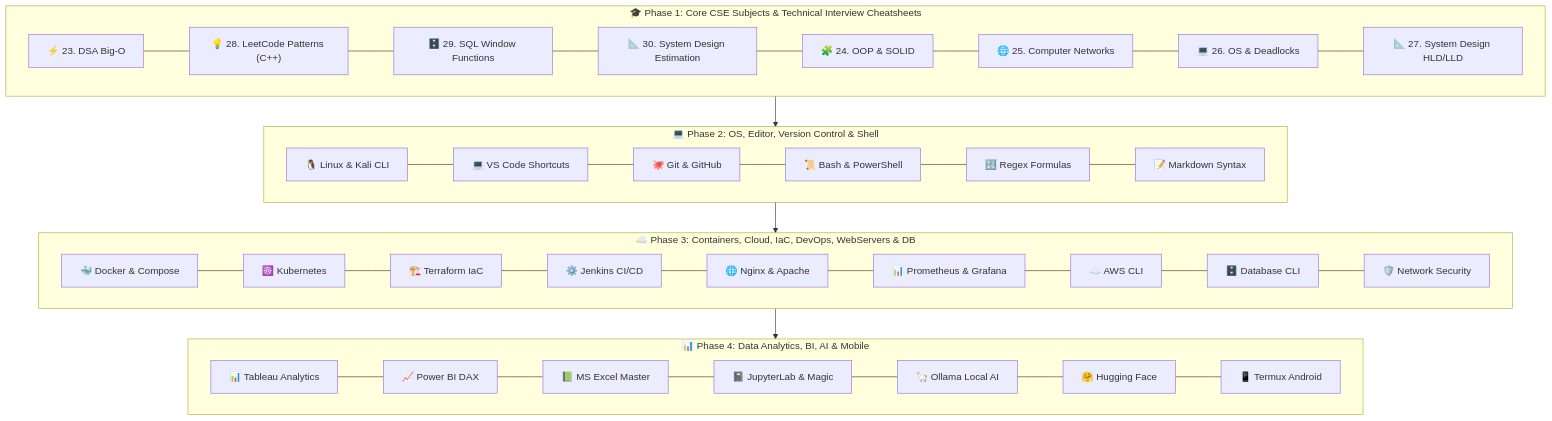
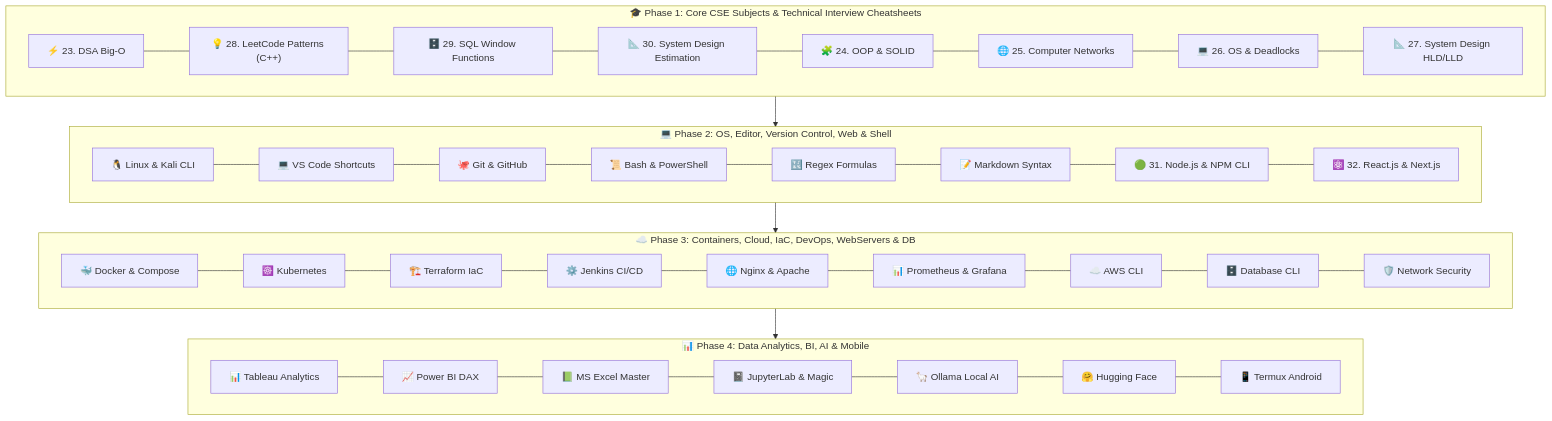
One commit to techindro/Penetration-testing-toolkit changed the diagram in README.md. Above: the diagram before and after it, drawn with Mermaid. The commit also changed other lines of this file and 2 other files, not shown here.

Commit message:
feat: expand BugFix FM to 32 Master Modules including Node.js/NPM/Express CLI and React.js/Vite/Next.js Hooks cheatsheets

````diff
--- a/README.md
+++ b/README.md
@@ -35,20 +35,20 @@
 ```mermaid
 graph TD
     subgraph Phase1["🎓 Phase 1: Core CSE Subjects & Technical Interview Cheatsheets"]
         A1["⚡ 23. DSA Big-O"] --- A2["💡 28. LeetCode Patterns (C++)"] --- A3["🗄️ 29. SQL Window Functions"] --- A4["📐 30. System Design Estimation"] --- A5["🧩 24. OOP & SOLID"] --- A6["🌐 25. Computer Networks"] --- A7["💻 26. OS & Deadlocks"] --- A8["📐 27. System Design HLD/LLD"]
     end
 
-    subgraph Phase2["💻 Phase 2: OS, Editor, Version Control & Shell"]
-        B1["🐧 Linux & Kali CLI"] --- B2["💻 VS Code Shortcuts"] --- B3["🐙 Git & GitHub"] --- B4["📜 Bash & PowerShell"] --- B5["🔣 Regex Formulas"] --- B6["📝 Markdown Syntax"]
+    subgraph Phase2["💻 Phase 2: OS, Editor, Version Control, Web & Shell"]
+        B1["🐧 Linux & Kali CLI"] --- B2["💻 VS Code Shortcuts"] --- B3["🐙 Git & GitHub"] --- B4["📜 Bash & PowerShell"] --- B5["🔣 Regex Formulas"] --- B6["📝 Markdown Syntax"] --- B7["🟢 31. Node.js & NPM CLI"] --- B8["⚛️ 32. React.js & Next.js"]
     end
 
     subgraph Phase3["☁️ Phase 3: Containers, Cloud, IaC, DevOps, WebServers & DB"]
         C1["🐳 Docker & Compose"] --- C2["☸️ Kubernetes"] --- C3["🏗️ Terraform IaC"] --- C4["⚙️ Jenkins CI/CD"] --- C5["🌐 Nginx & Apache"] --- C6["📊 Prometheus & Grafana"] --- C7["☁️ AWS CLI"] --- C8["🗄️ Database CLI"] --- C9["🛡️ Network Security"]
     end
 
     subgraph Phase4["📊 Phase 4: Data Analytics, BI, AI & Mobile"]
         D1["📊 Tableau Analytics"] --- D2["📈 Power BI DAX"] --- D3["📗 MS Excel Master"] --- D4["📓 JupyterLab & Magic"] --- D5["🦙 Ollama Local AI"] --- D6["🤗 Hugging Face"] --- D7["📱 Termux Android"]
     end
 
     Phase1 --> Phase2 --> Phase3 --> Phase4
 ```
````
